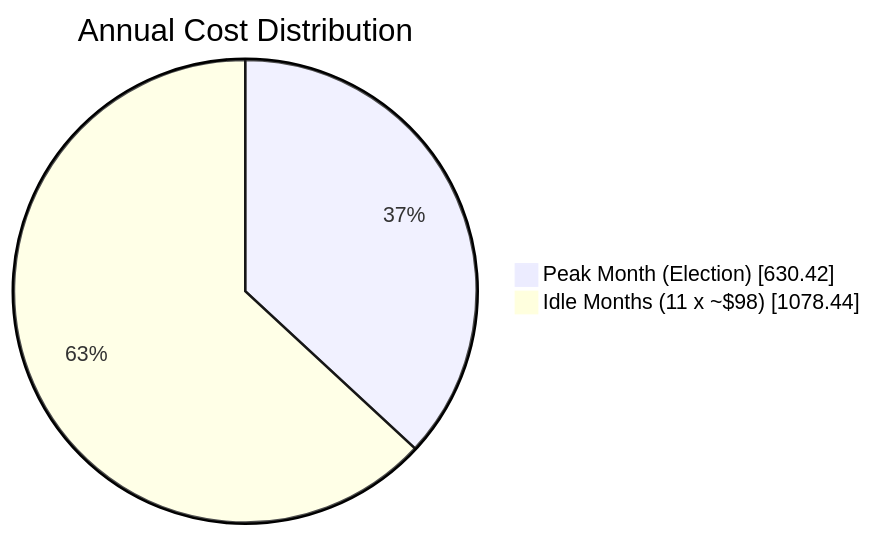
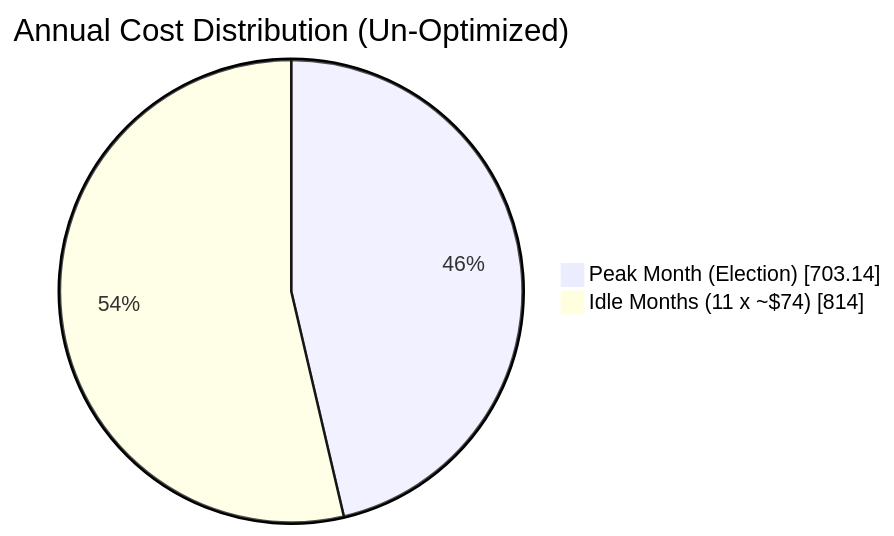
One commit to daryllmagsombol/ppcrv-poc changed the third of 5 diagrams in COSTS.md. Above: the diagram before and after it, drawn with Mermaid. The commit also changed other lines of this file and 1 other file, not shown here.

````diff
--- a/COSTS.md
+++ b/COSTS.md
@@ -427,6 +484,6 @@
 ```mermaid
 pie showData
-    title Annual Cost Distribution
-    "Peak Month (Election)" : 630.42
-    "Idle Months (11 x ~$98)" : 1078.44
+    title Annual Cost Distribution (Un-Optimized)
+    "Peak Month (Election)" : 703.14
+    "Idle Months (11 x ~$74)" : 814.00
 ```
````
